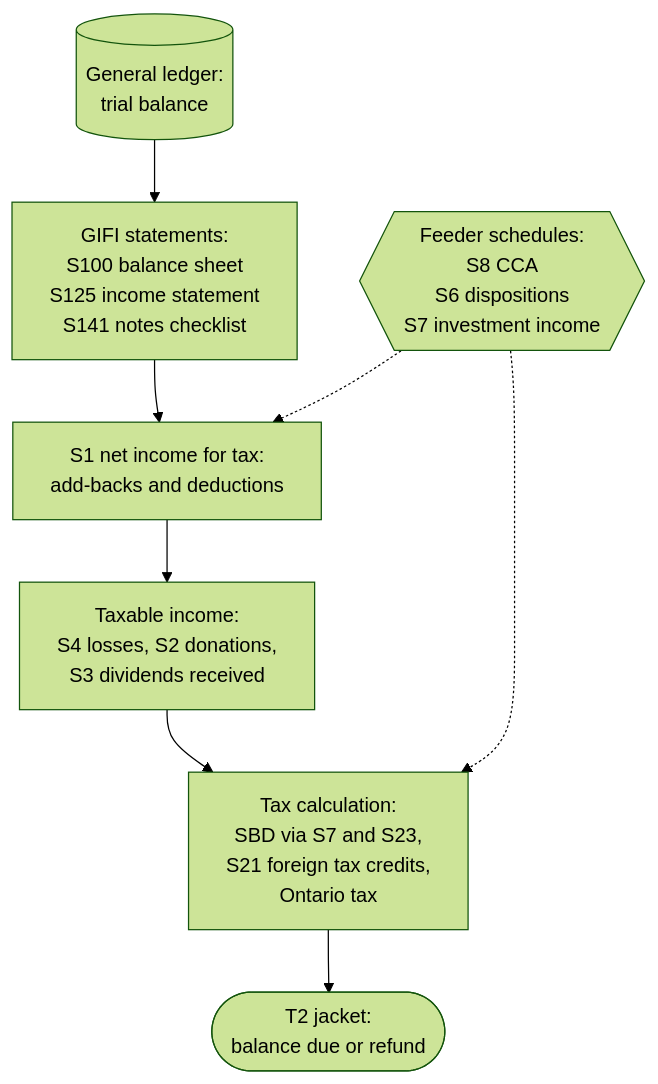
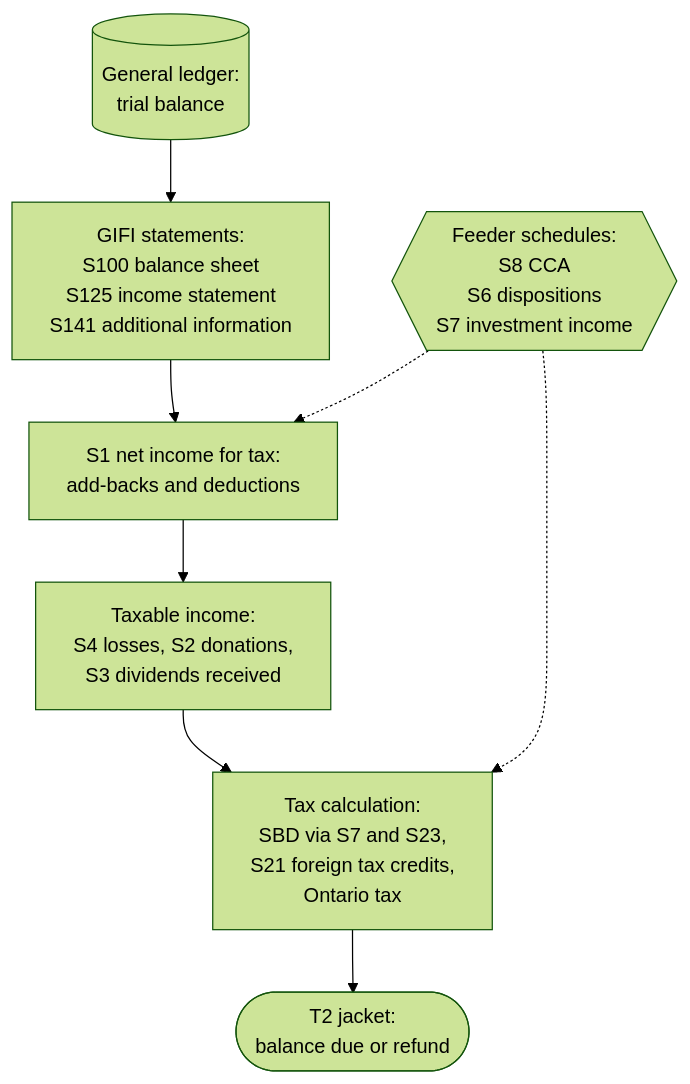
One commit to alexoooo/canadian-corp-info changed the diagram in guide/Filing-And-CRA/T2-Schedules.md. Above: the diagram before and after it, drawn with Mermaid (forest theme). The commit also changed other lines of this file and 12 other files, not shown here.

````diff
--- a/guide/Filing-And-CRA/T2-Schedules.md
+++ b/guide/Filing-And-CRA/T2-Schedules.md
@@ -25,14 +25,14 @@
 ```mermaid
 flowchart TB
     GL[("General ledger:<br/>trial balance")]
-    GIFI["GIFI statements:<br/>S100 balance sheet<br/>S125 income statement<br/>S141 notes checklist"]
+    GIFI["GIFI statements:<br/>S100 balance sheet<br/>S125 income statement<br/>S141 additional information"]
     S1["S1 net income for tax:<br/>add-backs and deductions"]
     TI["Taxable income:<br/>S4 losses, S2 donations,<br/>S3 dividends received"]
     TAX["Tax calculation:<br/>SBD via S7 and S23,<br/>S21 foreign tax credits,<br/>Ontario tax"]
     FEED{{"Feeder schedules:<br/>S8 CCA<br/>S6 dispositions<br/>S7 investment income"}}
     JACKET(["T2 jacket:<br/>balance due or refund"])
 
     GL --> GIFI --> S1 --> TI --> TAX --> JACKET
     FEED -.-> S1
     FEED -.-> TAX
 ```
````
